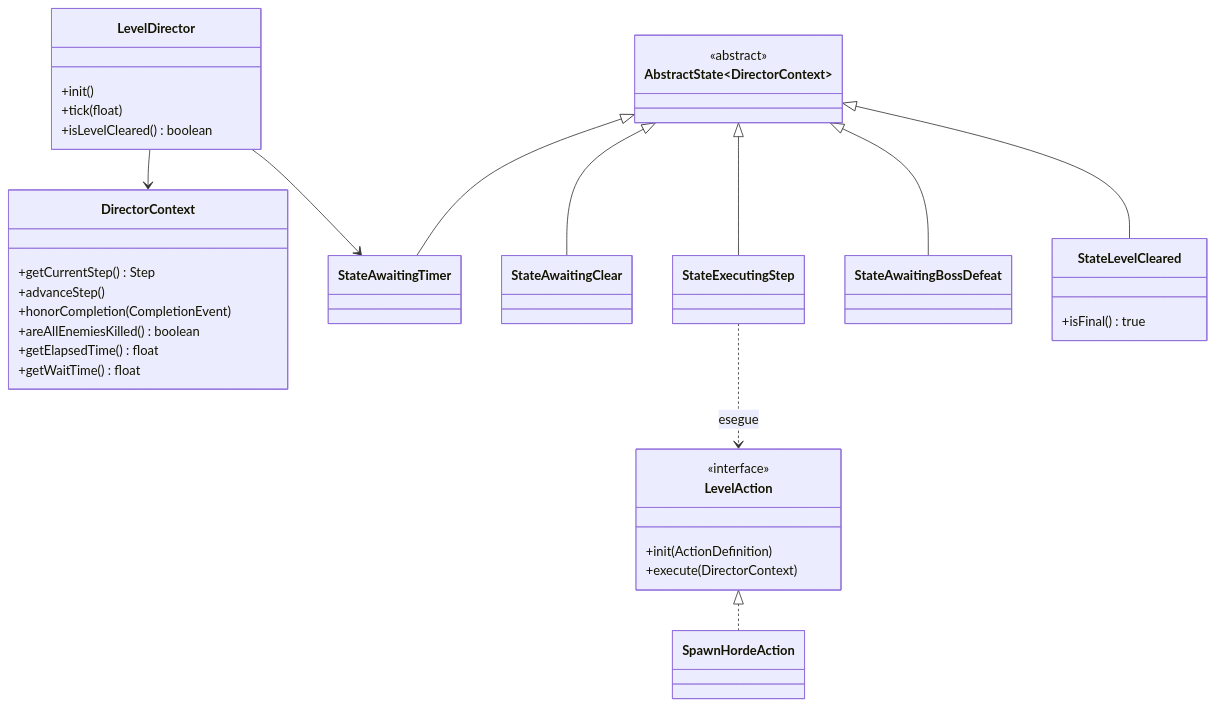
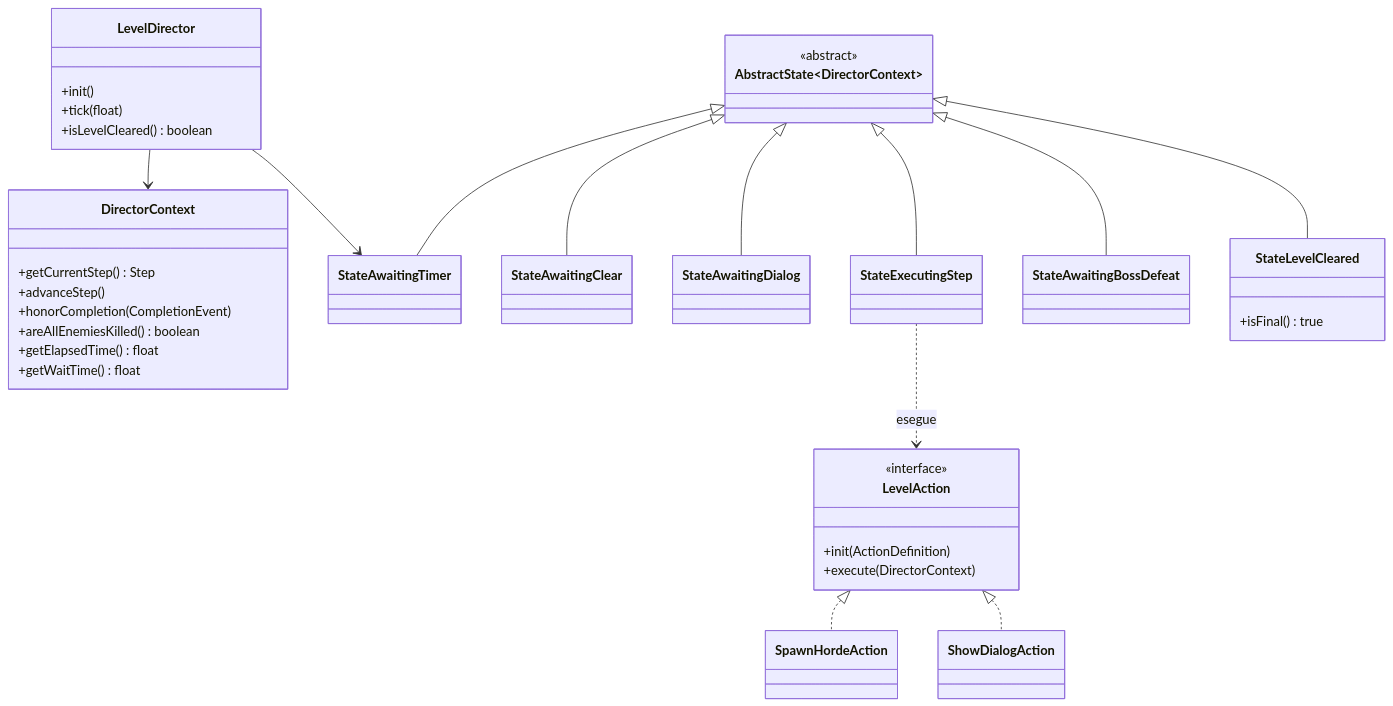
Before and after one commit to alesky78/TigerSupply: the fifth of 7 diagrams in documentation/subsystems/level-director-sequencing/index.md, drawn with Mermaid. The commit also changed other lines of this file and 31 other files, not shown here.

````diff
--- a/documentation/subsystems/level-director-sequencing/index.md
+++ b/documentation/subsystems/level-director-sequencing/index.md
@@ -305,41 +312,45 @@
 ```mermaid
 classDiagram
     class LevelDirector {
         +init()
         +tick(float)
         +isLevelCleared() boolean
     }
     class DirectorContext {
         +getCurrentStep() Step
         +advanceStep()
         +honorCompletion(CompletionEvent)
         +areAllEnemiesKilled() boolean
         +getElapsedTime() float
         +getWaitTime() float
     }
     class AbstractState~DirectorContext~ {
         <<abstract>>
     }
     class StateAwaitingTimer
     class StateAwaitingClear
+    class StateAwaitingDialog
     class StateExecutingStep
     class StateAwaitingBossDefeat
     class StateLevelCleared {
         +isFinal() true
     }
     class LevelAction {
         <<interface>>
         +init(ActionDefinition)
         +execute(DirectorContext)
     }
     class SpawnHordeAction
+    class ShowDialogAction
     LevelDirector --> DirectorContext
     LevelDirector --> StateAwaitingTimer
     AbstractState~DirectorContext~ <|-- StateAwaitingTimer
     AbstractState~DirectorContext~ <|-- StateAwaitingClear
+    AbstractState~DirectorContext~ <|-- StateAwaitingDialog
     AbstractState~DirectorContext~ <|-- StateExecutingStep
     AbstractState~DirectorContext~ <|-- StateAwaitingBossDefeat
     AbstractState~DirectorContext~ <|-- StateLevelCleared
     StateExecutingStep ..> LevelAction : esegue
     LevelAction <|.. SpawnHordeAction
+    LevelAction <|.. ShowDialogAction
 ```
````
